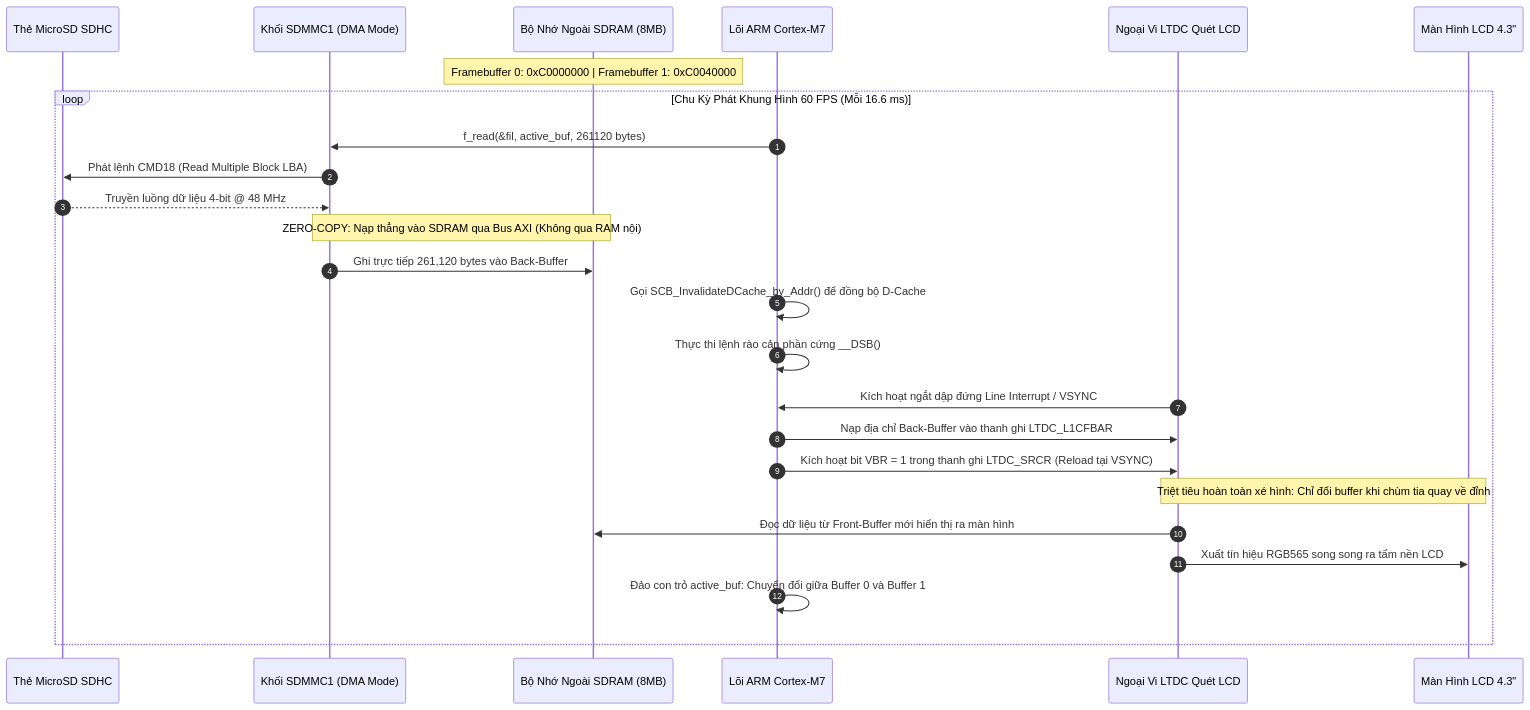
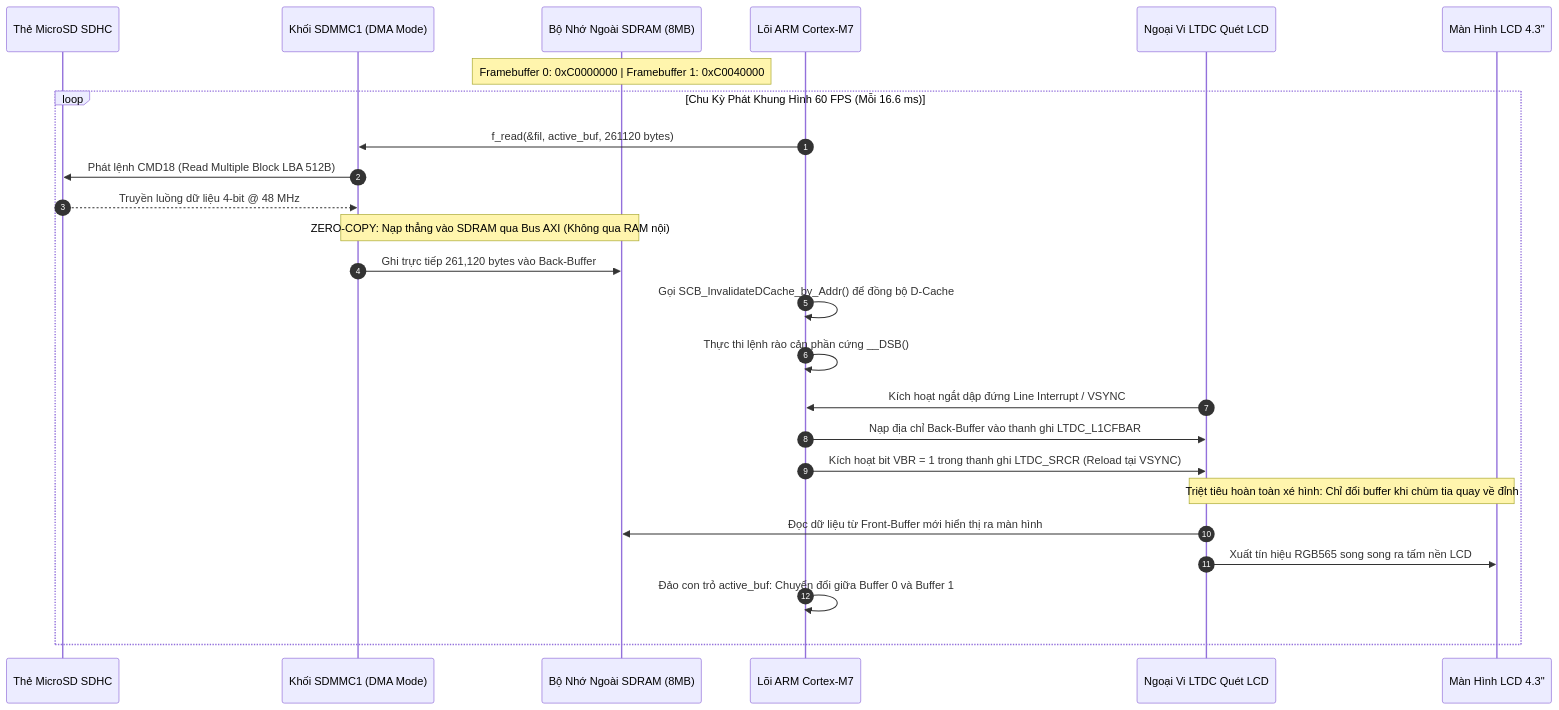
One commit to HuynhTran112/source changed the second of 3 diagrams in project2_video_playback_interview.md. Above: the diagram before and after it, drawn with Mermaid. The commit also changed other lines of this file and 1 other file, not shown here.

````diff
--- a/project2_video_playback_interview.md
+++ b/project2_video_playback_interview.md
@@ -214,34 +307,34 @@
 ```mermaid
 sequenceDiagram
     autonumber
     participant SD_Card as Thẻ MicroSD SDHC
     participant SDMMC as Khối SDMMC1 (DMA Mode)
     participant SDRAM as Bộ Nhớ Ngoài SDRAM (8MB)
     participant CPU as Lõi ARM Cortex-M7
     participant LTDC as Ngoại Vi LTDC Quét LCD
     participant Panel as Màn Hình LCD 4.3"
 
     Note over SDRAM: Framebuffer 0: 0xC0000000 | Framebuffer 1: 0xC0040000
     
     loop Chu Kỳ Phát Khung Hình 60 FPS (Mỗi 16.6 ms)
         CPU->>SDMMC: f_read(&fil, active_buf, 261120 bytes)
-        SDMMC->>SD_Card: Phát lệnh CMD18 (Read Multiple Block LBA)
+        SDMMC->>SD_Card: Phát lệnh CMD18 (Read Multiple Block LBA 512B)
         SD_Card-->>SDMMC: Truyền luồng dữ liệu 4-bit @ 48 MHz
         
         Note over SDMMC,SDRAM: ZERO-COPY: Nạp thẳng vào SDRAM qua Bus AXI (Không qua RAM nội)
         SDMMC->>SDRAM: Ghi trực tiếp 261,120 bytes vào Back-Buffer
         
         CPU->>CPU: Gọi SCB_InvalidateDCache_by_Addr() để đồng bộ D-Cache
         CPU->>CPU: Thực thi lệnh rào cản phần cứng __DSB()
         
         LTDC->>CPU: Kích hoạt ngắt dập đứng Line Interrupt / VSYNC
         CPU->>LTDC: Nạp địa chỉ Back-Buffer vào thanh ghi LTDC_L1CFBAR
         CPU->>LTDC: Kích hoạt bit VBR = 1 trong thanh ghi LTDC_SRCR (Reload tại VSYNC)
         
         Note over LTDC,Panel: Triệt tiêu hoàn toàn xé hình: Chỉ đổi buffer khi chùm tia quay về đỉnh
         LTDC->>SDRAM: Đọc dữ liệu từ Front-Buffer mới hiển thị ra màn hình
         LTDC->>Panel: Xuất tín hiệu RGB565 song song ra tấm nền LCD
         
         CPU->>CPU: Đảo con trỏ active_buf: Chuyển đổi giữa Buffer 0 và Buffer 1
     end
 ```
````
